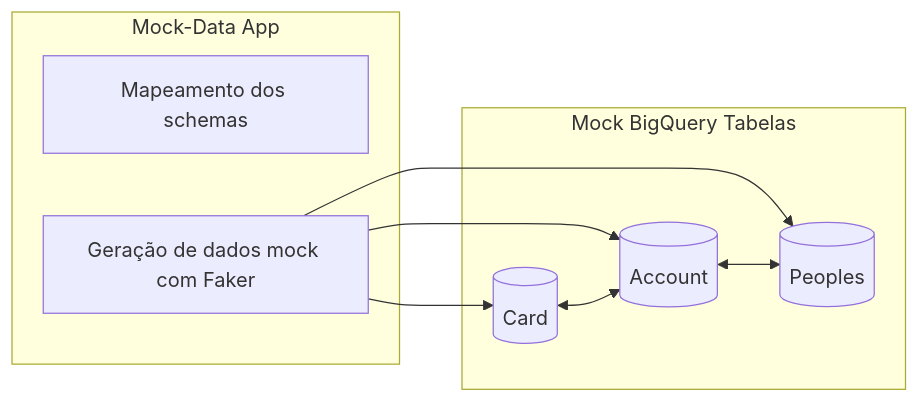
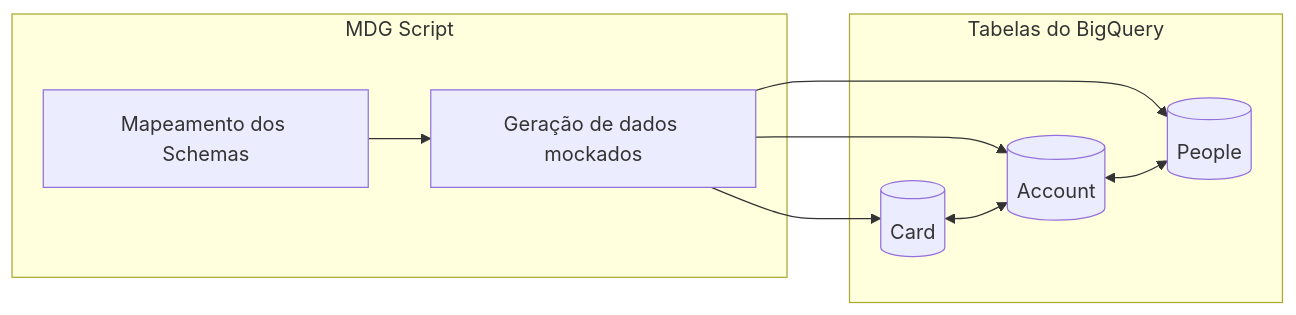
Before and after one commit to 2RP-Squad404/mdg_script: the diagram in README.md, drawn with Mermaid. The commit also changed other lines of this file and 16 other files, not shown here.

````diff
--- a/README.md
+++ b/README.md
@@ -16,18 +6,19 @@
 ```mermaid
 graph LR
-    subgraph Mock-Data App 
-        o0[Mapeamento dos schemas]
-        o1[Geração de dados mock com Faker]
+    subgraph "MDG Script" 
+        o0[Mapeamento dos Schemas]
+        o1[Geração de dados mockados]
     end
 
-    subgraph Mock BigQuery Tabelas
+    subgraph "Tabelas do BigQuery"
         A[(Card)]
         B[(Account)]
-        C[(Peoples)]
+        C[(People)]
     end
 
+    o0 --> o1
     o1 --> B
     o1 --> A
     o1 --> C
     A<-->B<-->C
 ```
````
